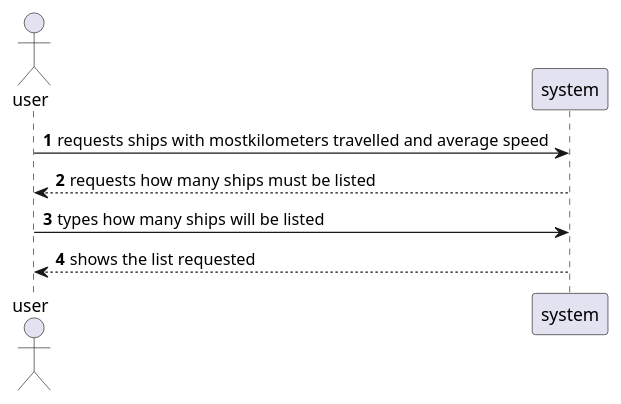
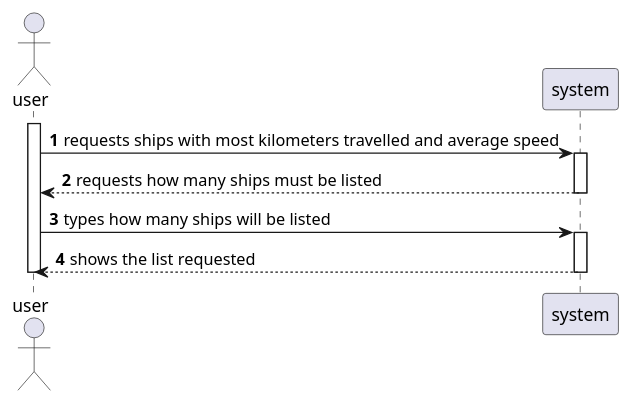
The diagram in docs/Sprint1/US106/SSD.puml (mpoboas/lapr3-2021-g102), drawn with PlantUML before and after one commit. The commit also changed 8 other files, not shown here.

```diff
--- a/docs/Sprint1/US106/SSD.puml
+++ b/docs/Sprint1/US106/SSD.puml
@@ -1,10 +1,16 @@
 @startuml
 actor user as usr
 participant system as sys
 autonumber
-usr -> sys : requests ships with mostkilometers travelled and average speed
+activate usr
+usr -> sys : requests ships with most kilometers travelled and average speed
+activate sys
 sys --> usr : requests how many ships must be listed
+deactivate sys
 usr -> sys: types how many ships will be listed
+activate sys
 sys --> usr : shows the list requested
+deactivate sys
+deactivate usr
 
 @enduml
```
